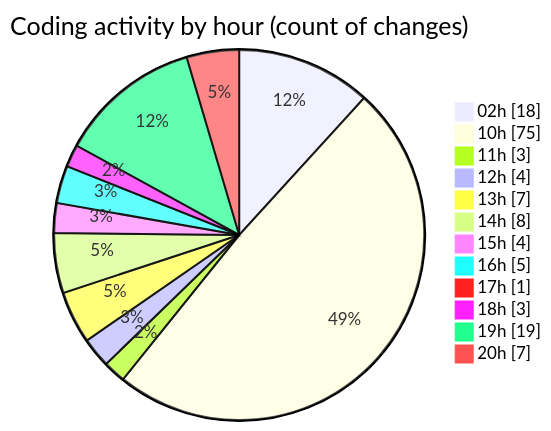
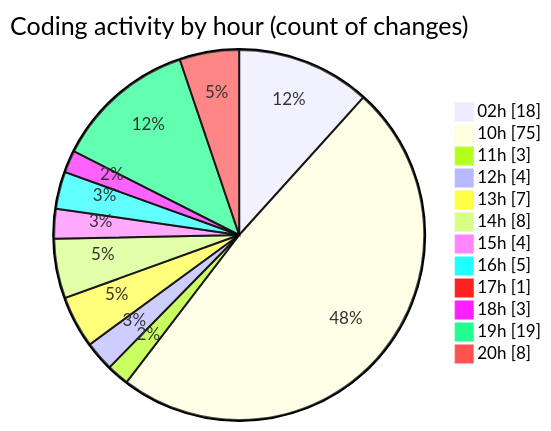
One commit to shibass792/code-tracking changed the second of 2 diagrams in 2026-07-08/twenty_versions_aminor/README.md. Above: the diagram before and after it, drawn with Mermaid. The commit also changed other lines of this file and 1 other file, not shown here.

````diff
--- a/2026-07-08/twenty_versions_aminor/README.md
+++ b/2026-07-08/twenty_versions_aminor/README.md
@@ -52,16 +53,16 @@
 ```mermaid
 pie showData
 title Coding activity by hour (count of changes)
 "02h" : 18
 "10h" : 75
 "11h" : 3
 "12h" : 4
 "13h" : 7
 "14h" : 8
 "15h" : 4
 "16h" : 5
 "17h" : 1
 "18h" : 3
 "19h" : 19
-"20h" : 7
+"20h" : 8
 ```
````
